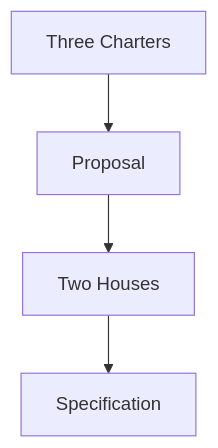
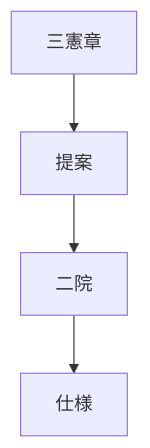
The tenth of 23 diagrams in docs/whitepaper/07-governance.md (ShigeichiroYamasaki/creator-first-platform), drawn with Mermaid before and after one commit. The commit also changed other lines of this file and 72 other files, not shown here.

````diff
--- a/docs/whitepaper/07-governance.md
+++ b/docs/whitepaper/07-governance.md
@@ -520,9 +520,9 @@
 ```mermaid
 flowchart TD
-    CHARTERS[Three Charters]
-    PROPOSAL[Proposal]
-    HOUSES[Two Houses]
-    SPEC[Specification]
+    CHARTERS[三憲章]
+    PROPOSAL[提案]
+    HOUSES[二院]
+    SPEC[仕様]
 
     CHARTERS --> PROPOSAL --> HOUSES --> SPEC
 ```
````
